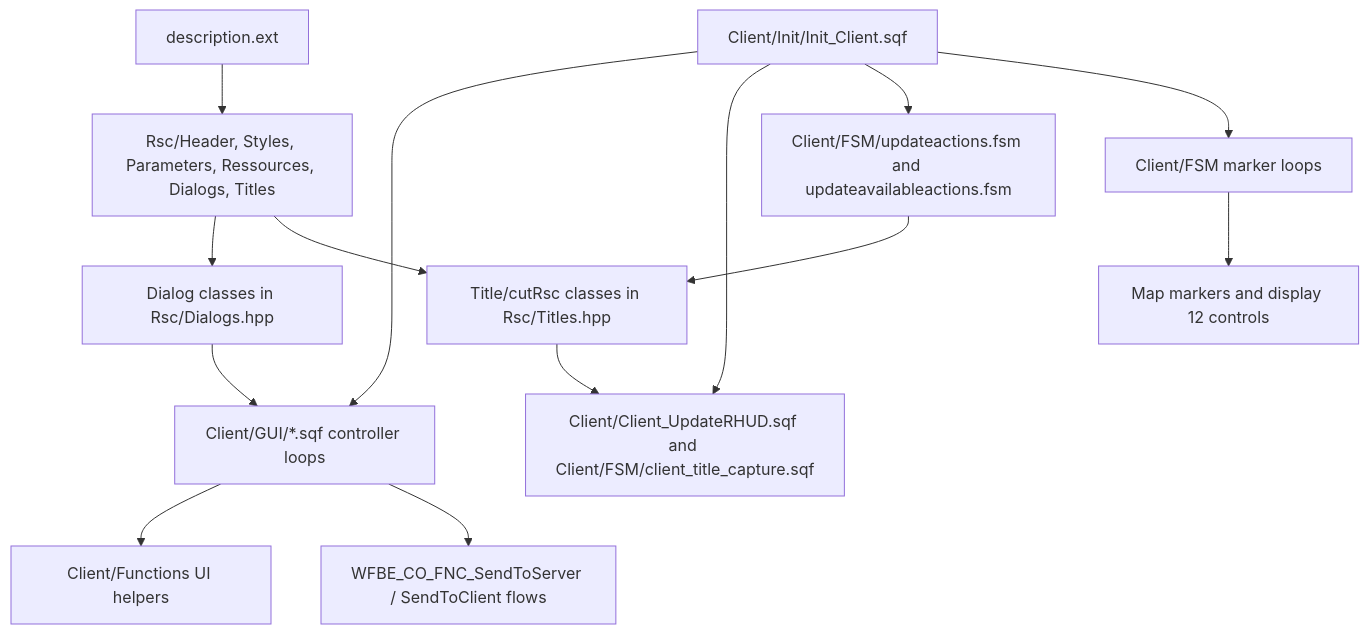
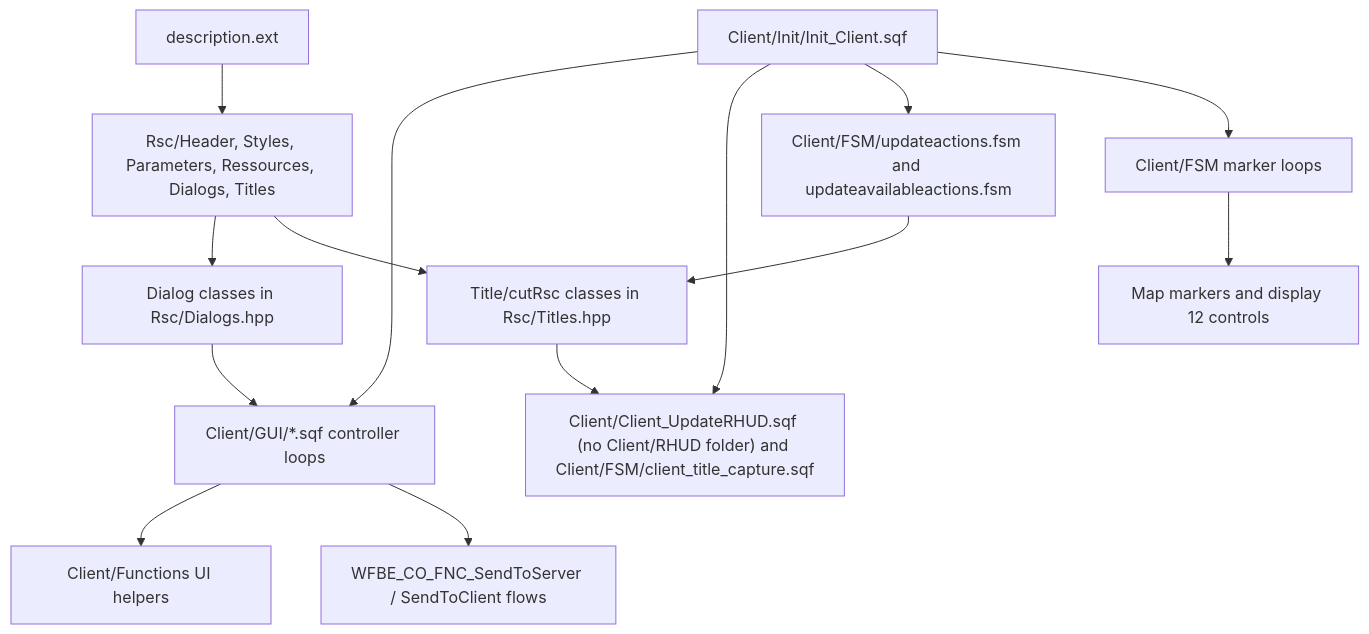
The diagram in docs/wiki/Client-UI-Systems-Atlas.md (rayswaynl/a2waspwarfare), drawn with Mermaid before and after one commit. The commit also changed other lines of this file and 102 other files, not shown here.

````diff
--- a/docs/wiki/Client-UI-Systems-Atlas.md
+++ b/docs/wiki/Client-UI-Systems-Atlas.md
@@ -9,16 +9,16 @@
 ```mermaid
 flowchart TD
     Description["description.ext"] --> Rsc["Rsc/Header, Styles, Parameters, Ressources, Dialogs, Titles"]
     Rsc --> Dialogs["Dialog classes in Rsc/Dialogs.hpp"]
     Rsc --> Titles["Title/cutRsc classes in Rsc/Titles.hpp"]
     Dialogs --> GUI["Client/GUI/*.sqf controller loops"]
-    Titles --> HUD["Client/Client_UpdateRHUD.sqf and Client/FSM/client_title_capture.sqf"]
+    Titles --> HUD["Client/Client_UpdateRHUD.sqf (no Client/RHUD folder) and Client/FSM/client_title_capture.sqf"]
     GUI --> ClientFuncs["Client/Functions UI helpers"]
     GUI --> PVF["WFBE_CO_FNC_SendToServer / SendToClient flows"]
     ClientInit["Client/Init/Init_Client.sqf"] --> GUI
     ClientInit --> HUD
     ClientInit --> ActionFSM["Client/FSM/updateactions.fsm and updateavailableactions.fsm"]
     ClientInit --> MarkerLoops["Client/FSM marker loops"]
     ActionFSM --> Titles
     MarkerLoops --> Map["Map markers and display 12 controls"]
 ```
````
